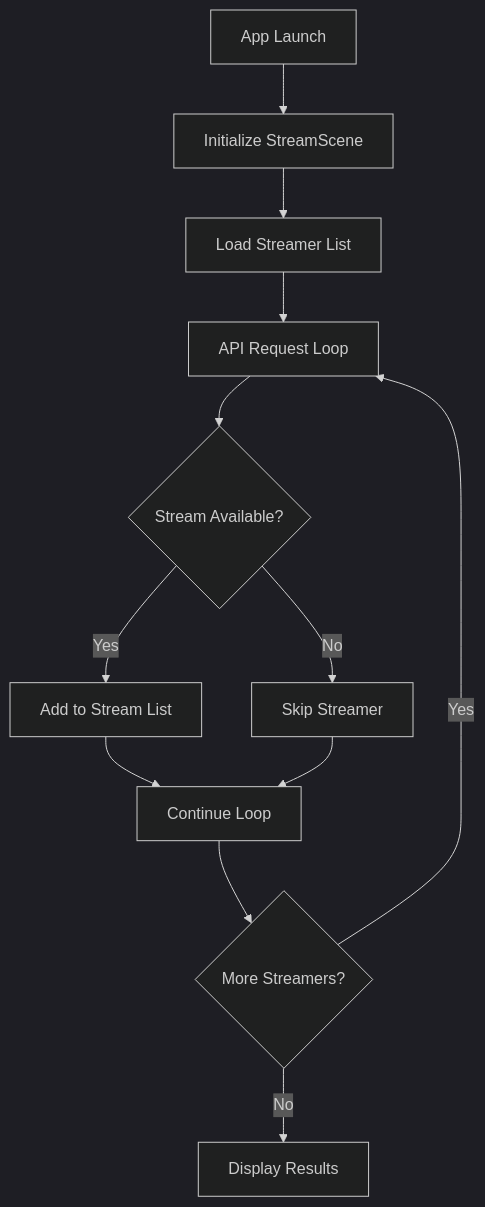
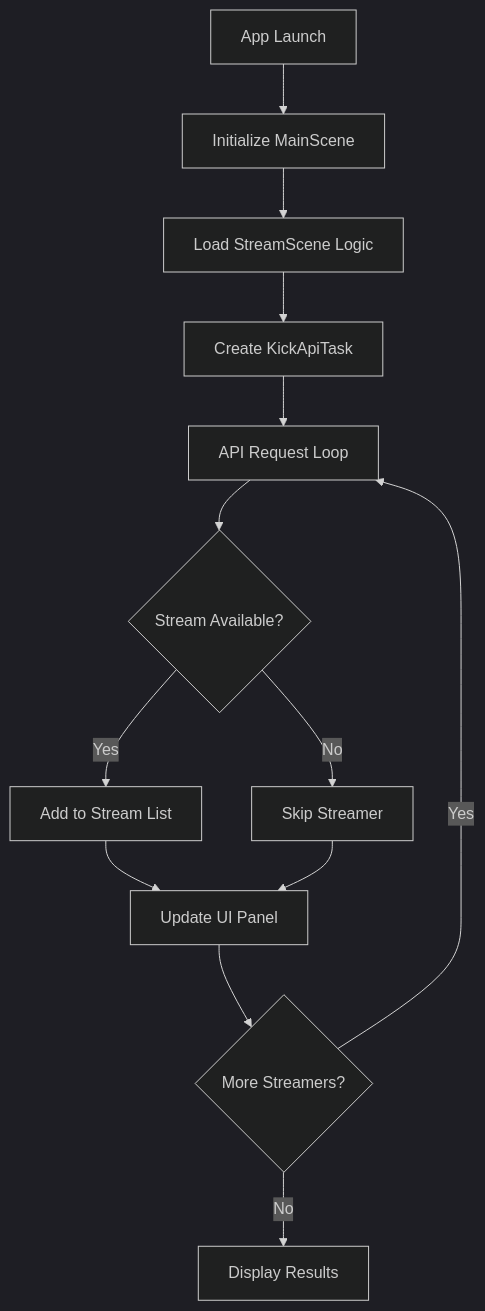
One commit to idyllize/KickRokuApp changed the diagram in README.md. Above: the diagram before and after it, drawn with Mermaid (dark theme). The commit also changed other lines of this file, not shown here.

````diff
--- a/README.md
+++ b/README.md
@@ -219,14 +257,15 @@
 ```mermaid
 graph TD
-    A[App Launch] --> B[Initialize StreamScene]
-    B --> C[Load Streamer List]
-    C --> D[API Request Loop]
-    D --> E{Stream Available?}
-    E -->|Yes| F[Add to Stream List]
-    E -->|No| G[Skip Streamer]
-    F --> H[Continue Loop]
-    G --> H
-    H --> I{More Streamers?}
-    I -->|Yes| D
-    I -->|No| J[Display Results]
+    A[App Launch] --> B[Initialize MainScene]
+    B --> C[Load StreamScene Logic]
+    C --> D[Create KickApiTask]
+    D --> E[API Request Loop]
+    E --> F{Stream Available?}
+    F -->|Yes| G[Add to Stream List]
+    F -->|No| H[Skip Streamer]
+    G --> I[Update UI Panel]
+    H --> I
+    I --> J{More Streamers?}
+    J -->|Yes| E
+    J -->|No| K[Display Results]
 ```
````
